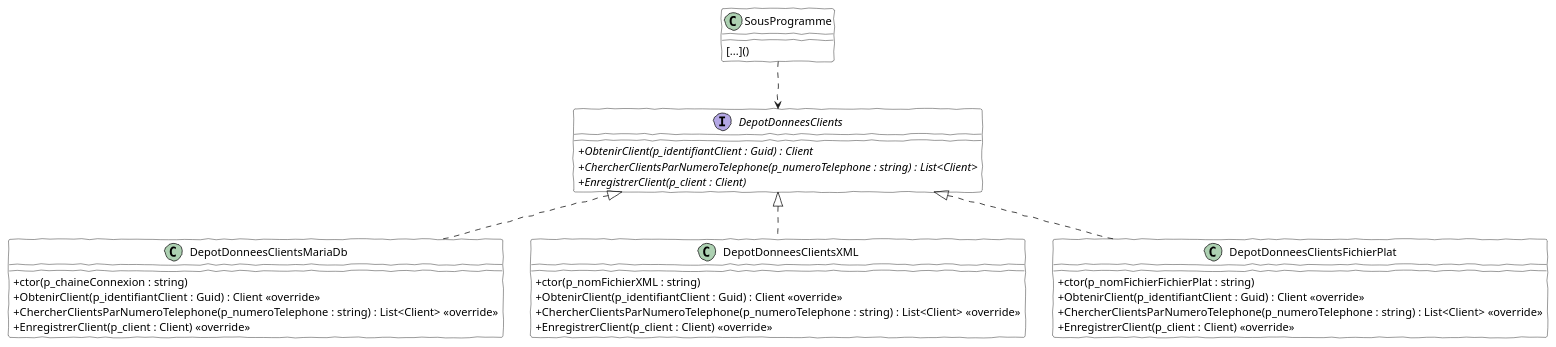
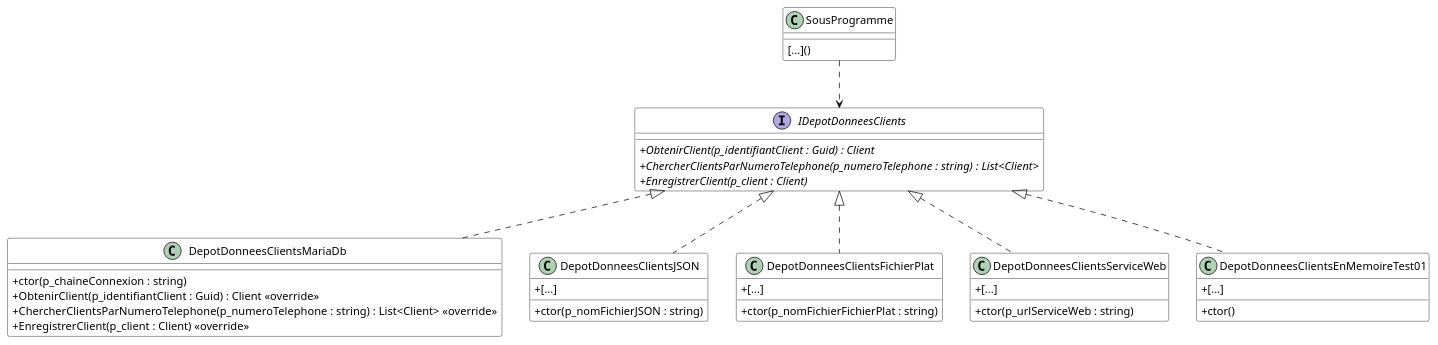
Before and after one commit to PiFou86/420-W20-SF: the diagram in Module12_InjectionDependances/diag/src/DiagClassesInjectionDependances.wsd, drawn with PlantUML. The commit also changed 12 other files, not shown here.

```diff
--- a/Module12_InjectionDependances/diag/src/DiagClassesInjectionDependances.wsd
+++ b/Module12_InjectionDependances/diag/src/DiagClassesInjectionDependances.wsd
@@ -1,47 +1,54 @@
 @startuml InjectionDependances
 skinparam classAttributeIconSize 0
-skinparam handwritten true
+'skinparam handwritten true
 skinparam class {
     BackgroundColor White
     BorderColor #000
 }
 
-DepotDonneesClients <|.. DepotDonneesClientsMariaDb
-DepotDonneesClients <|.. DepotDonneesClientsXML
-DepotDonneesClients <|.. DepotDonneesClientsFichierPlat
+IDepotDonneesClients <|.. DepotDonneesClientsMariaDb
+IDepotDonneesClients <|.. DepotDonneesClientsJSON
+IDepotDonneesClients <|.. DepotDonneesClientsFichierPlat
+IDepotDonneesClients <|.. DepotDonneesClientsServiceWeb
+IDepotDonneesClients <|.. DepotDonneesClientsEnMemoireTest01
 
 
-SousProgramme ..> DepotDonneesClients
+SousProgramme ..> IDepotDonneesClients
 
 class SousProgramme {
     [...]()
 }
 
-interface DepotDonneesClients {
+interface IDepotDonneesClients {
     + ObtenirClient(p_identifiantClient : Guid) : Client {abstract}
     + ChercherClientsParNumeroTelephone(p_numeroTelephone : string) : List<Client> {abstract}
     + EnregistrerClient(p_client : Client) {abstract}
 }
 
 class DepotDonneesClientsMariaDb {
     + ctor(p_chaineConnexion : string)
     + ObtenirClient(p_identifiantClient : Guid) : Client <<override>>
     + ChercherClientsParNumeroTelephone(p_numeroTelephone : string) : List<Client> <<override>>
     + EnregistrerClient(p_client : Client) <<override>>
 }
 
-class DepotDonneesClientsXML {
-    + ctor(p_nomFichierXML : string)
-    + ObtenirClient(p_identifiantClient : Guid) : Client <<override>>
-    + ChercherClientsParNumeroTelephone(p_numeroTelephone : string) : List<Client> <<override>>
-    + EnregistrerClient(p_client : Client) <<override>>
+class DepotDonneesClientsJSON {
+    + ctor(p_nomFichierJSON : string)
+    + [...]
 }
 
 class DepotDonneesClientsFichierPlat {
     + ctor(p_nomFichierFichierPlat : string)
-    + ObtenirClient(p_identifiantClient : Guid) : Client <<override>>
-    + ChercherClientsParNumeroTelephone(p_numeroTelephone : string) : List<Client> <<override>>
-    + EnregistrerClient(p_client : Client) <<override>>
+    + [...]
 }
 
+class DepotDonneesClientsServiceWeb {
+    + ctor(p_urlServiceWeb : string)
+    + [...]
+}
+
+class DepotDonneesClientsEnMemoireTest01 {
+    + ctor()
+    + [...]
+}
 @enduml
```
